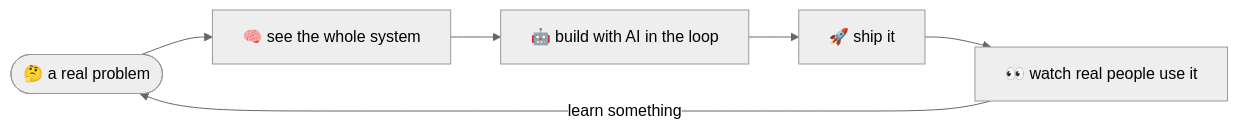
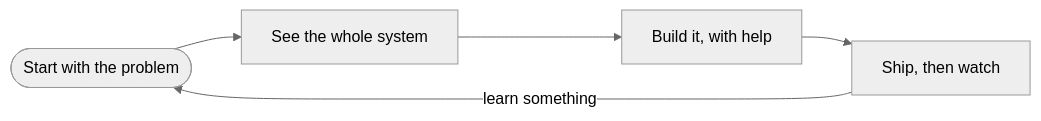
Before and after one commit to donaldamadi/donaldamadi: the diagram in README.md, drawn with Mermaid (neutral theme). The commit also changed other lines of this file and 8 other files, not shown here.

````diff
--- a/README.md
+++ b/README.md
@@ -19,8 +65,7 @@
 ```mermaid
 flowchart LR
-    P(["🤔 a real problem"]) --> S["🧠 see the whole system"]
-    S --> B["🤖 build with AI in the loop"]
-    B --> L["🚀 ship it"]
-    L --> U["👀 watch real people use it"]
-    U -->|learn something| P
+    A([Start with the problem]) --> B[See the whole system]
+    B --> C[Build it, with help]
+    C --> D[Ship, then watch]
+    D -- learn something --> A
 ```
````
